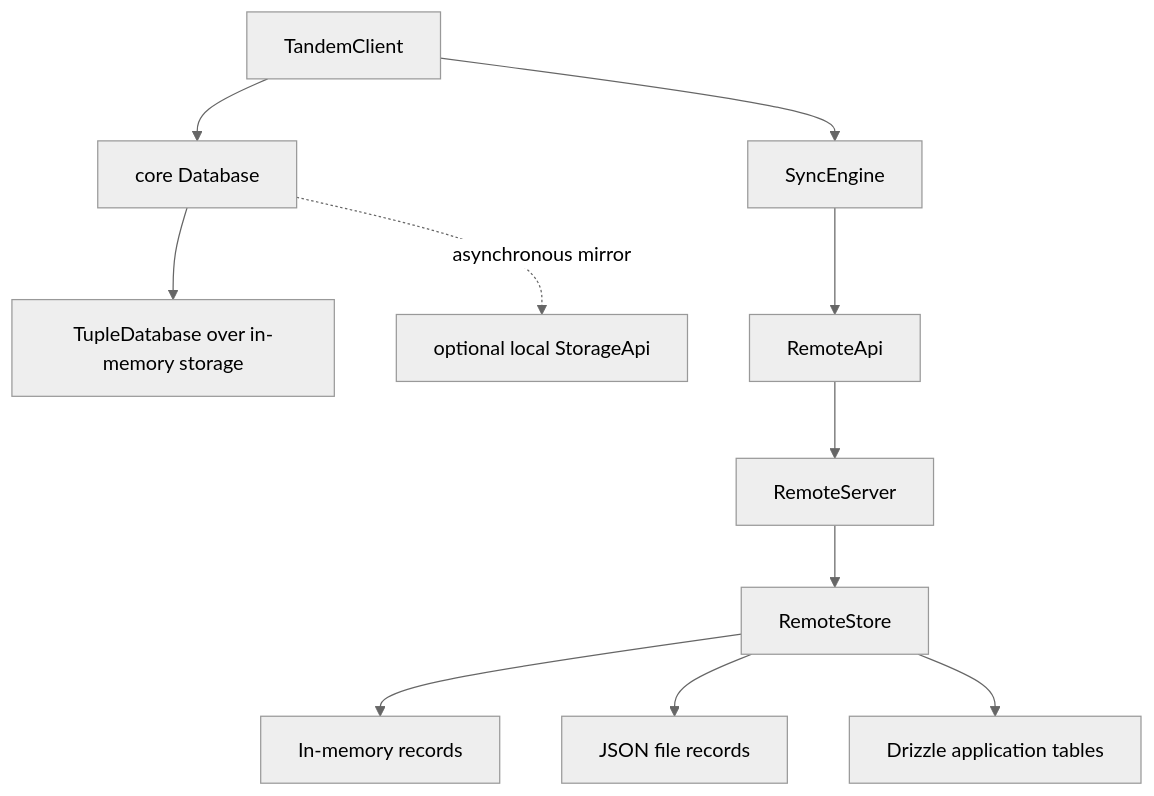
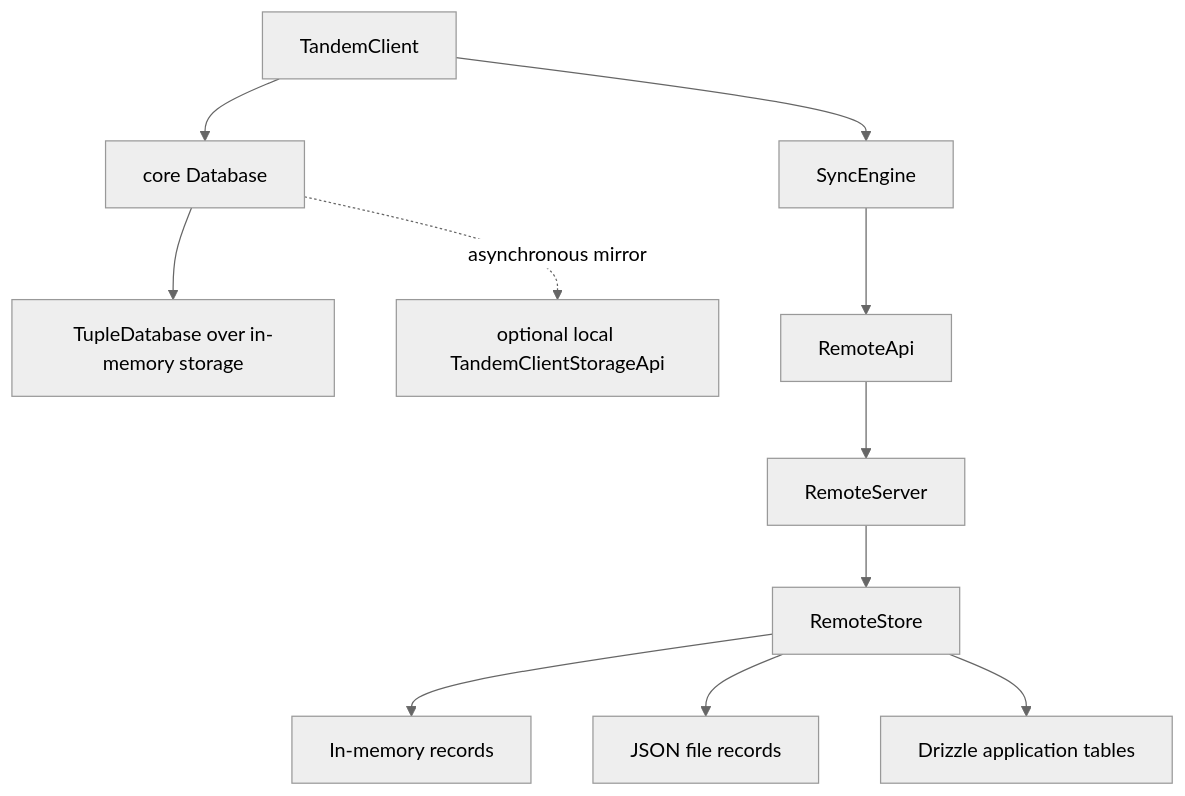
One commit to tanishqkancharla/tandem changed the first of 4 diagrams in specs/tandem-server-tuple-storage.md. Above: the diagram before and after it, drawn with Mermaid (neutral theme). The commit also changed other lines of this file and 36 other files, not shown here.

Commit message:
Implement typed TandemServer storage

````diff
--- a/specs/tandem-server-tuple-storage.md
+++ b/specs/tandem-server-tuple-storage.md
@@ -7,14 +7,14 @@
 ```mermaid
 flowchart TD
     TC[TandemClient] --> CDB[core Database]
     CDB --> MEM[TupleDatabase over in-memory storage]
-    CDB -. asynchronous mirror .-> LS[optional local StorageApi]
+    CDB -. asynchronous mirror .-> LS[optional local TandemClientStorageApi]
 
     TC --> SE[SyncEngine]
     SE --> RA[RemoteApi]
     RA --> RS[RemoteServer]
     RS --> RST[RemoteStore]
     RST --> IM[In-memory records]
     RST --> JF[JSON file records]
     RST --> DR[Drizzle application tables]
 ```
````
